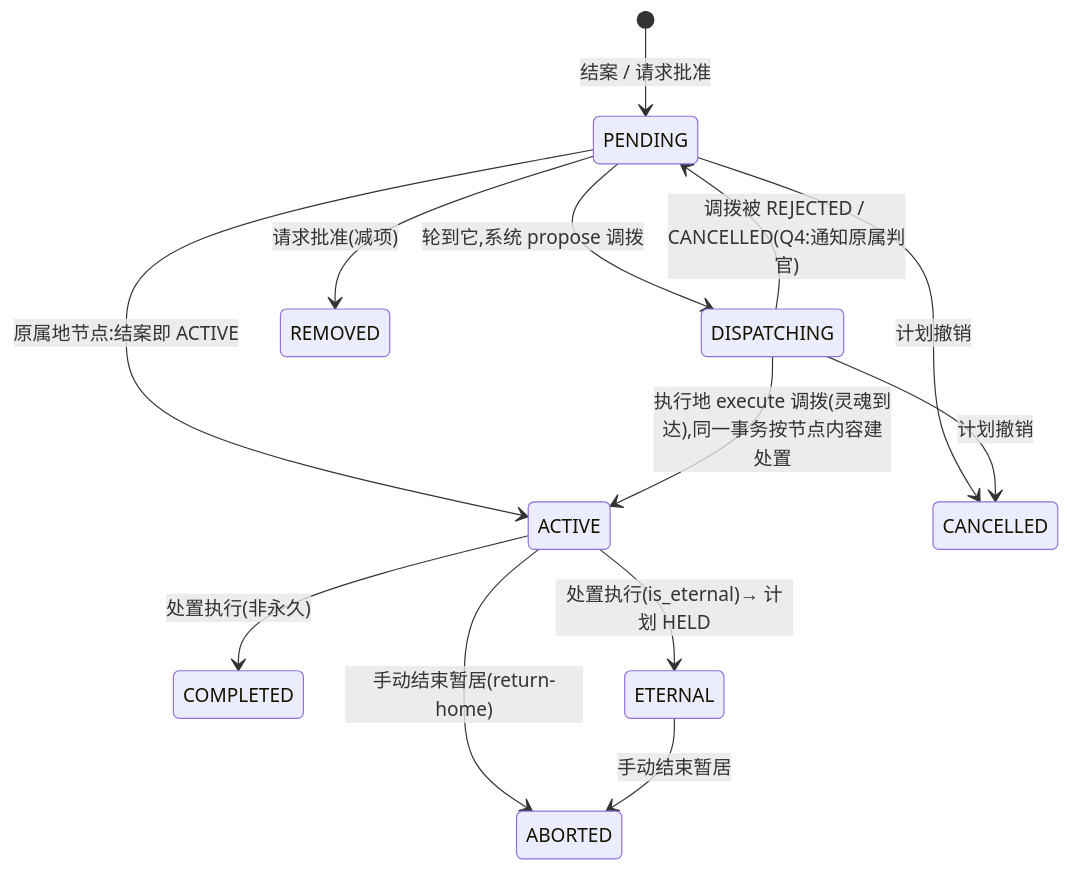
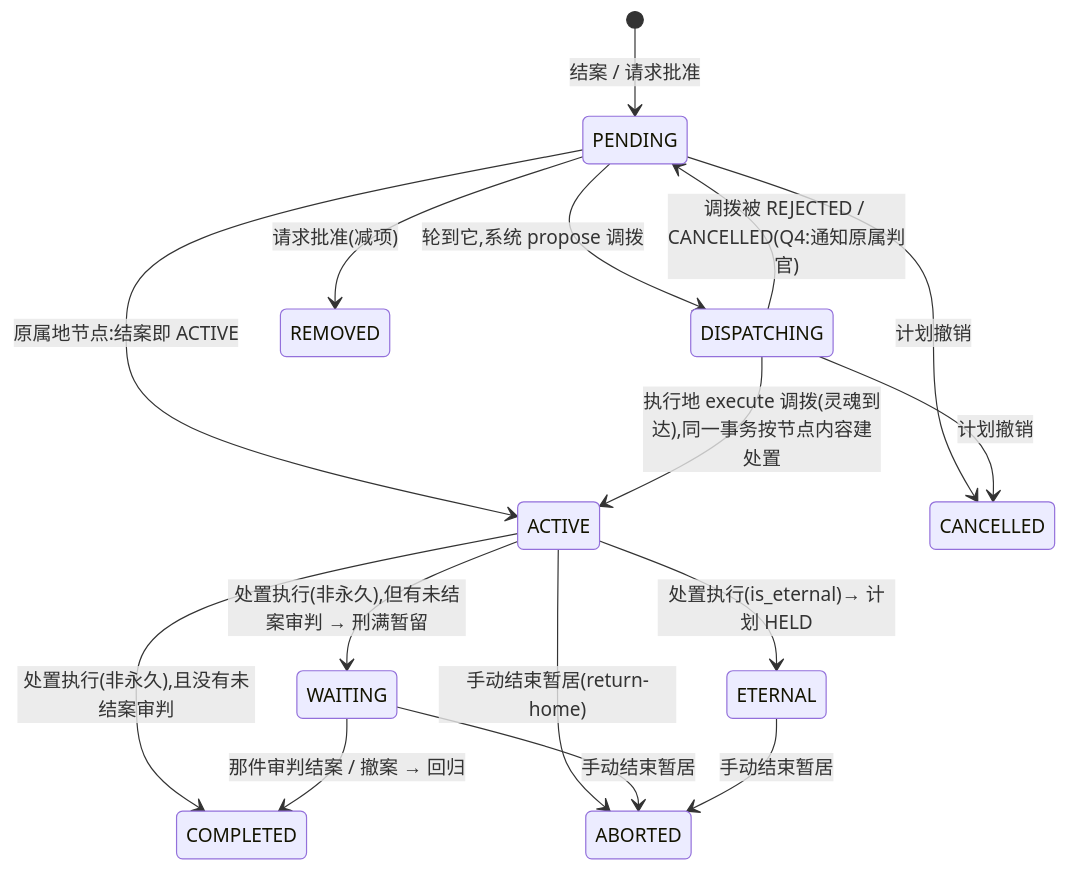
One commit to Tardisyuan/SoulLedger changed the fourth of 5 diagrams in docs/ARCHITECTURE-sentence-plan.md. Above: the diagram before and after it, drawn with Mermaid. The commit also changed other lines of this file, not shown here.

First line of the commit message:
docs(architecture): 受刑计划设计稿按 Q7 澄清改写重开审判与暂留等待

````diff
--- a/docs/ARCHITECTURE-sentence-plan.md
+++ b/docs/ARCHITECTURE-sentence-plan.md
@@ -253,15 +258,18 @@
 ```mermaid
 stateDiagram-v2
     [*] --> PENDING : 结案 / 请求批准
     PENDING --> ACTIVE : 原属地节点:结案即 ACTIVE
     PENDING --> DISPATCHING : 轮到它,系统 propose 调拨
     DISPATCHING --> ACTIVE : 执行地 execute 调拨(灵魂到达),同一事务按节点内容建处置
     DISPATCHING --> PENDING : 调拨被 REJECTED / CANCELLED(Q4:通知原属判官)
-    ACTIVE --> COMPLETED : 处置执行(非永久)
+    ACTIVE --> COMPLETED : 处置执行(非永久),且没有未结案审判
+    ACTIVE --> WAITING : 处置执行(非永久),但有未结案审判 → 刑满暂留
+    WAITING --> COMPLETED : 那件审判结案 / 撤案 → 回归
     ACTIVE --> ETERNAL : 处置执行(is_eternal)→ 计划 HELD
     ACTIVE --> ABORTED : 手动结束暂居(return-home)
+    WAITING --> ABORTED : 手动结束暂居
     ETERNAL --> ABORTED : 手动结束暂居
     PENDING --> REMOVED : 请求批准(减项)
     PENDING --> CANCELLED : 计划撤销
     DISPATCHING --> CANCELLED : 计划撤销
 ```
````
